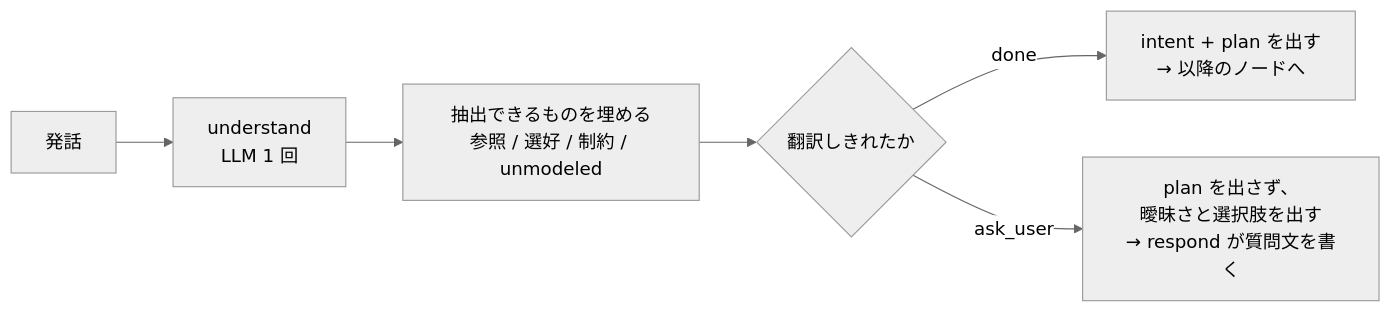
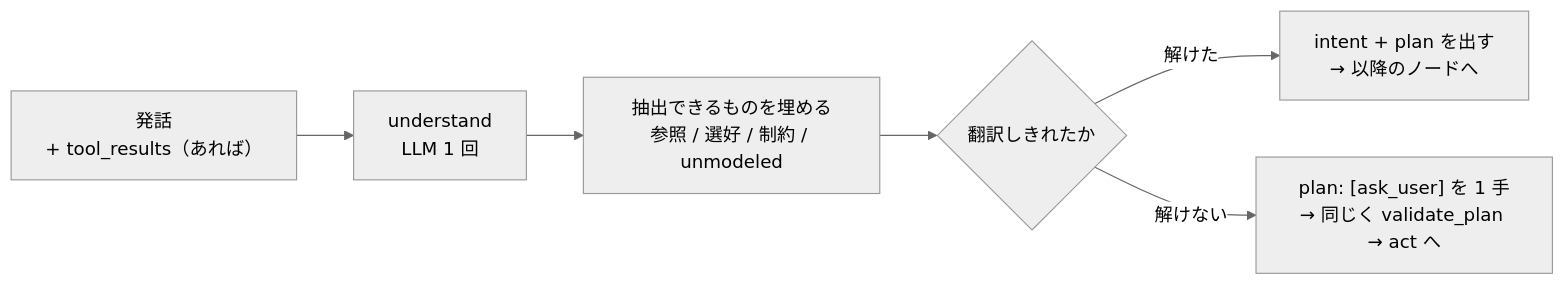
One commit to TakaJun02/Cairn changed the second of 6 diagrams in Docs/30_design/understand_node.md. Above: the diagram before and after it, drawn with Mermaid (neutral theme). The commit also changed other lines of this file and 56 other files, not shown here.

First line of the commit message:
docs+feat: ask_user 統合(ADR-0018)の実装と、ReAct 構成(ADR-0019)への設計全面改訂

````diff
--- a/Docs/30_design/understand_node.md
+++ b/Docs/30_design/understand_node.md
@@ -38,8 +38,8 @@
 ```mermaid
 flowchart LR
-  A["発話"] --> B["understand<br/>LLM 1 回"]
+  A["発話<br/>+ tool_results（あれば）"] --> B["understand<br/>LLM 1 回"]
   B --> C["抽出できるものを埋める<br/>参照 / 選好 / 制約 / unmodeled"]
   C --> D{"翻訳しきれたか"}
-  D -->|"done"| E["intent + plan を出す<br/>→ 以降のノードへ"]
-  D -->|"ask_user"| F["plan を出さず、<br/>曖昧さと選択肢を出す<br/>→ respond が質問文を書く"]
+  D -->|"解けた"| E["intent + plan を出す<br/>→ 以降のノードへ"]
+  D -->|"解けない"| F["plan: [ask_user] を 1 手<br/>→ 同じく validate_plan → act へ"]
 ```
````
